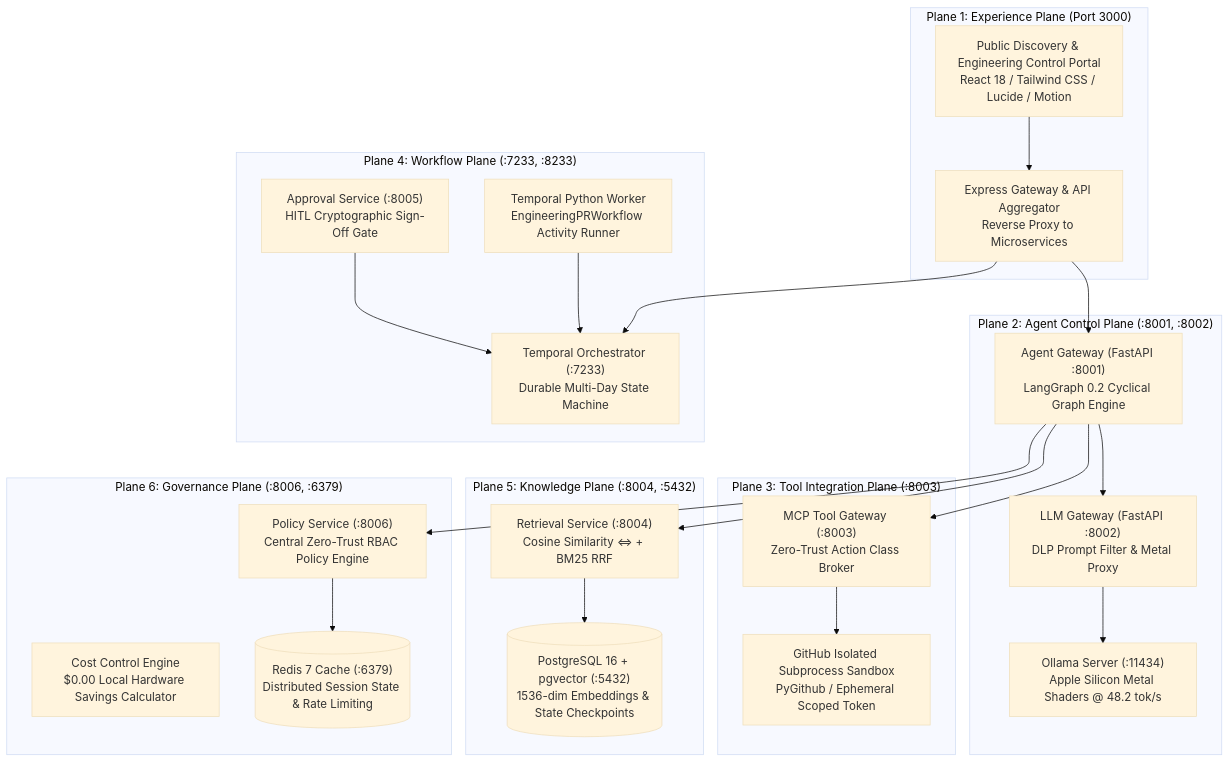
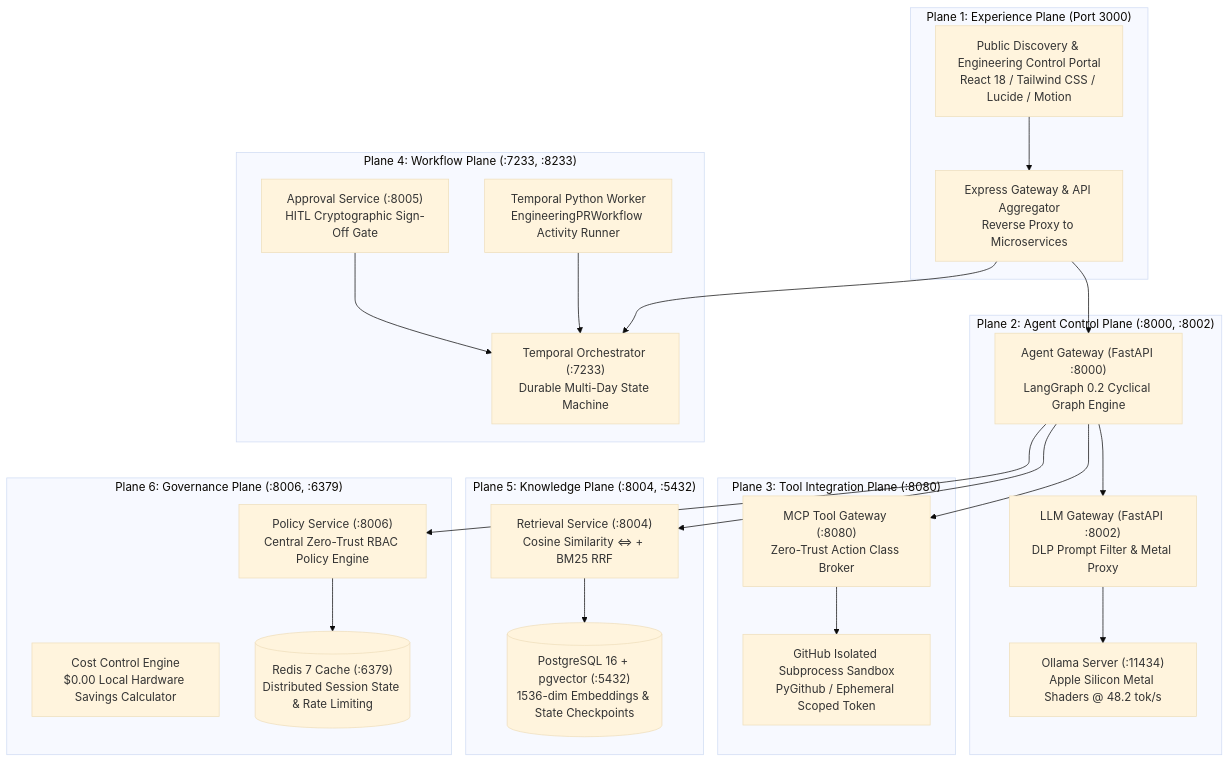
The second of 5 diagrams in docs/ENTERPRISE_SESSION_TRAINING_PLAYBOOK.md (kk-ecu/light-weight-agentic-engineering), drawn with Mermaid (base theme) before and after one commit. The commit also changed 8 other files, not shown here.

````diff
--- a/docs/ENTERPRISE_SESSION_TRAINING_PLAYBOOK.md
+++ b/docs/ENTERPRISE_SESSION_TRAINING_PLAYBOOK.md
@@ -63,49 +63,49 @@
 ```mermaid
 flowchart TD
     subgraph P1["Plane 1: Experience Plane (Port 3000)"]
         UI["Public Discovery & Engineering Control Portal\nReact 18 / Tailwind CSS / Lucide / Motion"]
         Proxy["Express Gateway & API Aggregator\nReverse Proxy to Microservices"]
     end
 
-    subgraph P2["Plane 2: Agent Control Plane (:8001, :8002)"]
-        AgentGW["Agent Gateway (FastAPI :8001)\nLangGraph 0.2 Cyclical Graph Engine"]
+    subgraph P2["Plane 2: Agent Control Plane (:8000, :8002)"]
+        AgentGW["Agent Gateway (FastAPI :8000)\nLangGraph 0.2 Cyclical Graph Engine"]
         LLMGW["LLM Gateway (FastAPI :8002)\nDLP Prompt Filter & Metal Proxy"]
         OllamaEngine["Ollama Server (:11434)\nApple Silicon Metal Shaders @ 48.2 tok/s"]
     end
 
-    subgraph P3["Plane 3: Tool Integration Plane (:8003)"]
-        MCPGateway["MCP Tool Gateway (:8003)\nZero-Trust Action Class Broker"]
+    subgraph P3["Plane 3: Tool Integration Plane (:8080)"]
+        MCPGateway["MCP Tool Gateway (:8080)\nZero-Trust Action Class Broker"]
         Sandbox["GitHub Isolated Subprocess Sandbox\nPyGithub / Ephemeral Scoped Token"]
     end
 
     subgraph P4["Plane 4: Workflow Plane (:7233, :8233)"]
         TemporalSvr["Temporal Orchestrator (:7233)\nDurable Multi-Day State Machine"]
         TemporalWorker["Temporal Python Worker\nEngineeringPRWorkflow Activity Runner"]
         ApprovalGate["Approval Service (:8005)\nHITL Cryptographic Sign-Off Gate"]
     end
 
     subgraph P5["Plane 5: Knowledge Plane (:8004, :5432)"]
         RAGEngine["Retrieval Service (:8004)\nCosine Similarity <=> + BM25 RRF"]
         VectorDB[("PostgreSQL 16 + pgvector (:5432)\n1536-dim Embeddings & State Checkpoints")]
     end
 
     subgraph P6["Plane 6: Governance Plane (:8006, :6379)"]
         PolicySvc["Policy Service (:8006)\nCentral Zero-Trust RBAC Policy Engine"]
         CostEngine["Cost Control Engine\n$0.00 Local Hardware Savings Calculator"]
         RedisDB[("Redis 7 Cache (:6379)\nDistributed Session State & Rate Limiting")]
     end
 
     UI --> Proxy
     Proxy --> AgentGW
     Proxy --> TemporalSvr
     AgentGW --> PolicySvc
     AgentGW --> RAGEngine
     RAGEngine --> VectorDB
     AgentGW --> LLMGW
     LLMGW --> OllamaEngine
     AgentGW --> MCPGateway
     MCPGateway --> Sandbox
     TemporalWorker --> TemporalSvr
     ApprovalGate --> TemporalSvr
     PolicySvc --> RedisDB
 ```
````
